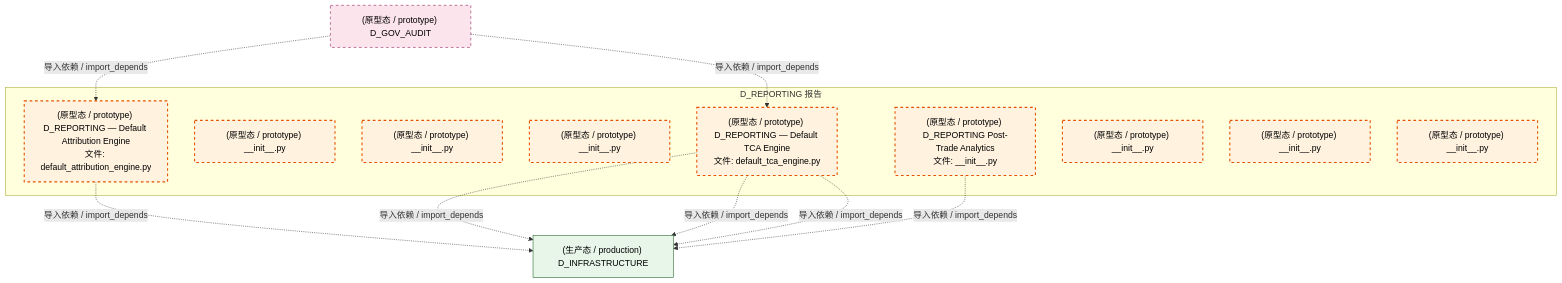
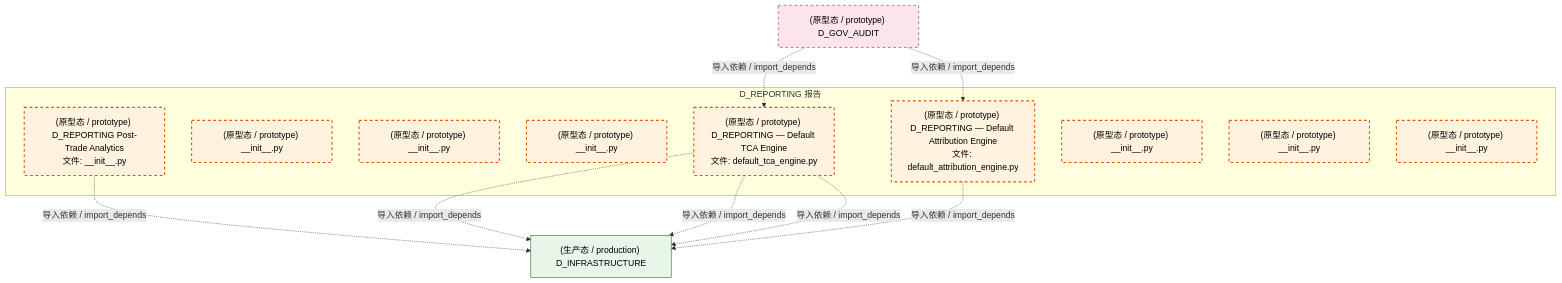
Before and after one commit to xuanFelixVan/ZephyrAlpha: the third of 4 diagrams in docs/02_enterprise_architecture/02_domain_architecture_docs/23_d_reporting.md, drawn with Mermaid. The commit also changed other lines of this file and 101 other files, not shown here.

````diff
--- a/docs/02_enterprise_architecture/02_domain_architecture_docs/23_d_reporting.md
+++ b/docs/02_enterprise_architecture/02_domain_architecture_docs/23_d_reporting.md
@@ -154,30 +153,30 @@
 ```mermaid
 graph TD
     subgraph D_REPORTING["D_REPORTING 报告"]
         src_zephyr_reporting_init_py["(原型态 / prototype) D_REPORTING Post-Trade Analytics<br/>文件: __init__.py"]
         src_zephyr_reporting_extensions_init_py["(原型态 / prototype) __init__.py"]
         src_zephyr_reporting_api_init_py["(原型态 / prototype) __init__.py"]
         src_zephyr_reporting_core_init_py["(原型态 / prototype) __init__.py"]
         src_zephyr_reporting_default_attribution_engine_py["(原型态 / prototype) D_REPORTING — Default Attribution Engine<br/>文件: default_attribution_engine.py"]
         src_zephyr_reporting_default_tca_engine_py["(原型态 / prototype) D_REPORTING — Default TCA Engine<br/>文件: default_tca_engine.py"]
         src_zephyr_reporting_infrastructure_init_py["(原型态 / prototype) __init__.py"]
         src_zephyr_reporting_models_init_py["(原型态 / prototype) __init__.py"]
         src_zephyr_reporting_services_init_py["(原型态 / prototype) __init__.py"]
     end
     D_INFRASTRUCTURE["(生产态 / production) D_INFRASTRUCTURE"]
-    src_zephyr_reporting_default_attribution_engine_py -.->|导入依赖 / import_depends| D_INFRASTRUCTURE
+    src_zephyr_reporting_init_py -.->|导入依赖 / import_depends| D_INFRASTRUCTURE
     src_zephyr_reporting_default_tca_engine_py -.->|导入依赖 / import_depends| D_INFRASTRUCTURE
     src_zephyr_reporting_default_tca_engine_py -.->|导入依赖 / import_depends| D_INFRASTRUCTURE
     src_zephyr_reporting_default_tca_engine_py -.->|导入依赖 / import_depends| D_INFRASTRUCTURE
-    src_zephyr_reporting_init_py -.->|导入依赖 / import_depends| D_INFRASTRUCTURE
+    src_zephyr_reporting_default_attribution_engine_py -.->|导入依赖 / import_depends| D_INFRASTRUCTURE
     D_GOV_AUDIT["(原型态 / prototype) D_GOV_AUDIT"]
     D_GOV_AUDIT -.->|导入依赖 / import_depends| src_zephyr_reporting_default_tca_engine_py
     D_GOV_AUDIT -.->|导入依赖 / import_depends| src_zephyr_reporting_default_attribution_engine_py
     classDef production fill:#e1f5fe,stroke:#01579b,stroke-width:2px,color:#000
     classDef design fill:#fff3e0,stroke:#e65100,stroke-width:2px,color:#000,stroke-dasharray: 5 5
     classDef external_prod fill:#e8f5e9,stroke:#1b5e20,stroke-width:1px,color:#000
     classDef external_design fill:#fce4ec,stroke:#880e4f,stroke-width:1px,color:#000,stroke-dasharray: 5 5
     class src_zephyr_reporting_init_py,src_zephyr_reporting_extensions_init_py,src_zephyr_reporting_api_init_py,src_zephyr_reporting_core_init_py,src_zephyr_reporting_default_attribution_engine_py,src_zephyr_reporting_default_tca_engine_py,src_zephyr_reporting_infrastructure_init_py,src_zephyr_reporting_models_init_py,src_zephyr_reporting_services_init_py design
     class D_INFRASTRUCTURE external_prod
     class D_GOV_AUDIT external_design
 ```
````
